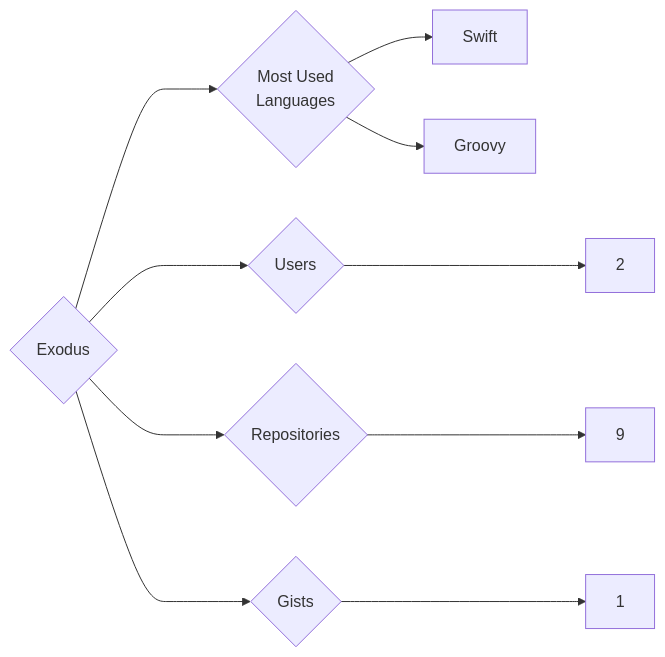
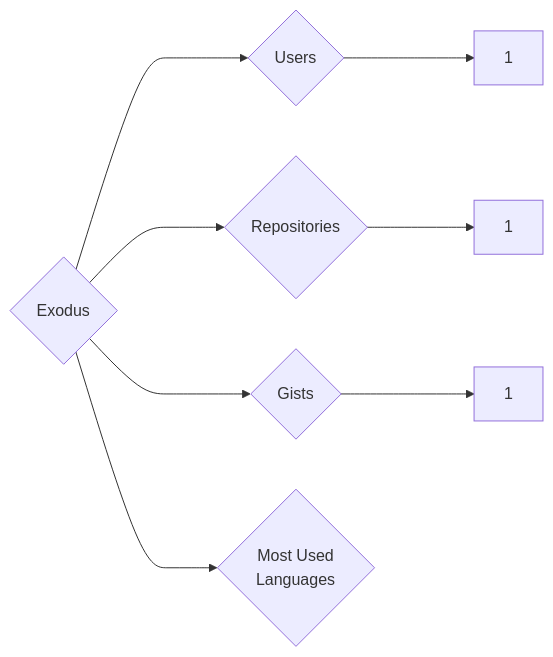
One commit to trickest/insiders changed the diagram in targets/Exodus/README.md. Above: the diagram before and after it, drawn with Mermaid. The commit also changed 1055 other files, not shown here.

````diff
--- a/targets/Exodus/README.md
+++ b/targets/Exodus/README.md
@@ -3,10 +3,8 @@
 ```mermaid
 graph LR
 COMPANY_NAME{Exodus}
-COMPANY_NAME ---> U{Users} ---> UN[2]
-COMPANY_NAME ---> R{Repositories} ---> RN[9]
+COMPANY_NAME ---> U{Users} ---> UN[1]
+COMPANY_NAME ---> R{Repositories} ---> RN[1]
 COMPANY_NAME ---> G{Gists} ---> GN[1]
 COMPANY_NAME ---> ML{Most Used<br>Languages}
-ML --> Swift[Swift]
-ML --> Groovy[Groovy]
 ```
````
